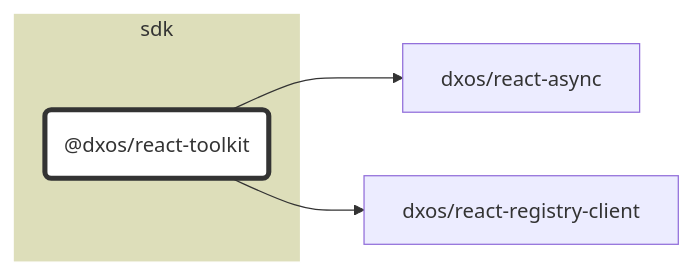
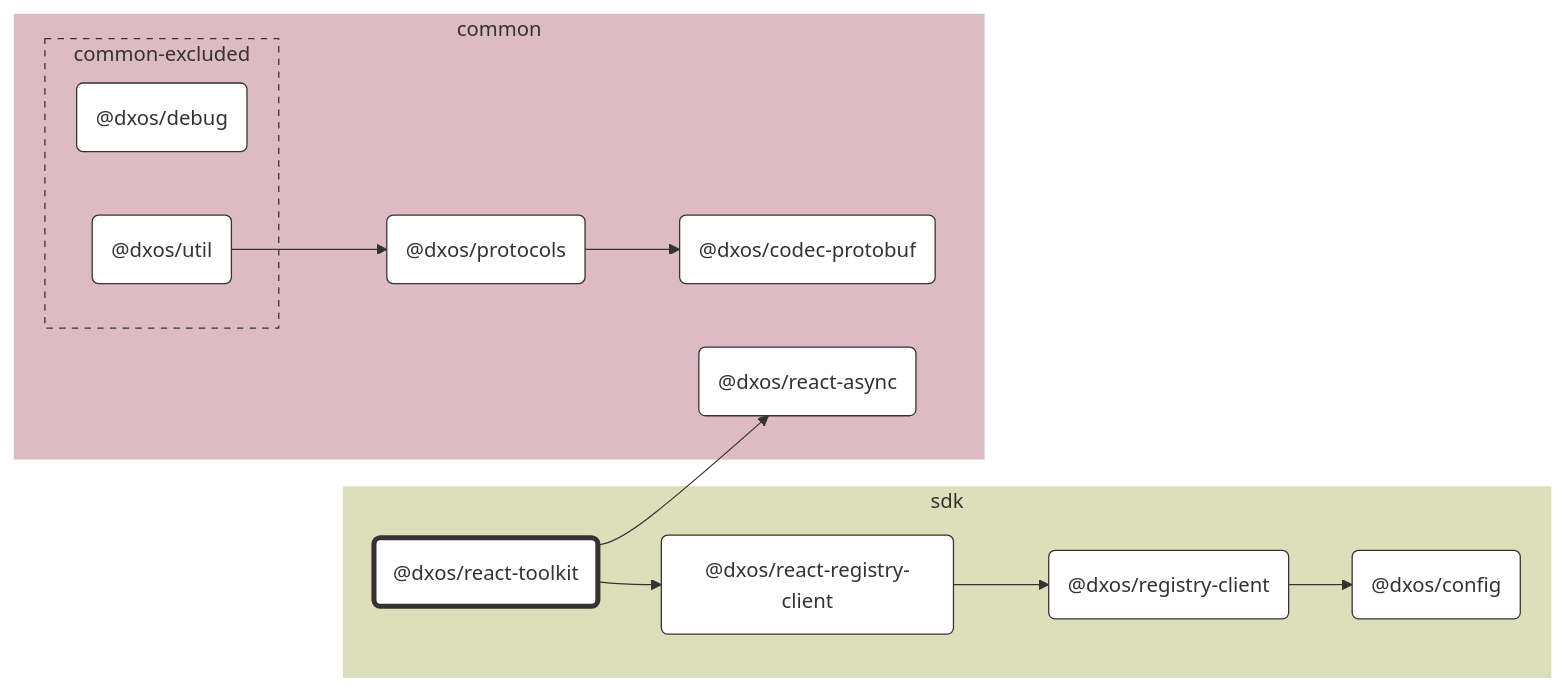
Before and after one commit to dxos/dxos: the diagram in packages/sdk/react-toolkit/docs/README.md, drawn with Mermaid. The commit also changed 65 other files, not shown here.

````diff
--- a/packages/sdk/react-toolkit/docs/README.md
+++ b/packages/sdk/react-toolkit/docs/README.md
@@ -7,22 +7,50 @@
 ```mermaid
 %%{ init: {'flowchart':{'curve':'basis'}} }%%
 
 flowchart LR
 
 %% Classes
 classDef def fill:#fff,stroke:#333,stroke-width:1px
 classDef root fill:#fff,stroke:#333,stroke-width:4px
 
 %% Nodes
 
 subgraph sdk [sdk]
   style sdk fill:#dddeba,stroke:#fff
   dxos/react-toolkit("@dxos/react-toolkit"):::root
   click dxos/react-toolkit "dxos/dxos/tree/main/packages/sdk/react-toolkit/docs"
+  dxos/react-registry-client("@dxos/react-registry-client"):::def
+  click dxos/react-registry-client "dxos/dxos/tree/main/packages/sdk/react-registry-client/docs"
+  dxos/config("@dxos/config"):::def
+  click dxos/config "dxos/dxos/tree/main/packages/sdk/config/docs"
+  dxos/registry-client("@dxos/registry-client"):::def
+  click dxos/registry-client "dxos/dxos/tree/main/packages/sdk/registry-client/docs"
+end
+
+subgraph common [common]
+  style common fill:#debac2,stroke:#fff
+  dxos/protocols("@dxos/protocols"):::def
+  click dxos/protocols "dxos/dxos/tree/main/packages/common/protocols/docs"
+  dxos/codec-protobuf("@dxos/codec-protobuf"):::def
+  click dxos/codec-protobuf "dxos/dxos/tree/main/packages/common/codec-protobuf/docs"
+  dxos/react-async("@dxos/react-async"):::def
+  click dxos/react-async "dxos/dxos/tree/main/packages/common/react-async/docs"
+
+  subgraph common-excluded [common-excluded]
+    style common-excluded fill:#debac2,stroke:#333,stroke-dasharray:5 5
+    dxos/debug("@dxos/debug"):::def
+    click dxos/debug "dxos/dxos/tree/main/packages/common/debug/docs"
+    dxos/util("@dxos/util"):::def
+    click dxos/util "dxos/dxos/tree/main/packages/common/util/docs"
+  end
 end
 
 %% Links
 linkStyle default stroke:#333,stroke-width:1px
+dxos/protocols --> dxos/codec-protobuf
 dxos/react-toolkit --> dxos/react-async
 dxos/react-toolkit --> dxos/react-registry-client
+dxos/util --> dxos/protocols
+dxos/react-registry-client --> dxos/registry-client
+dxos/registry-client --> dxos/config
 ```
````
